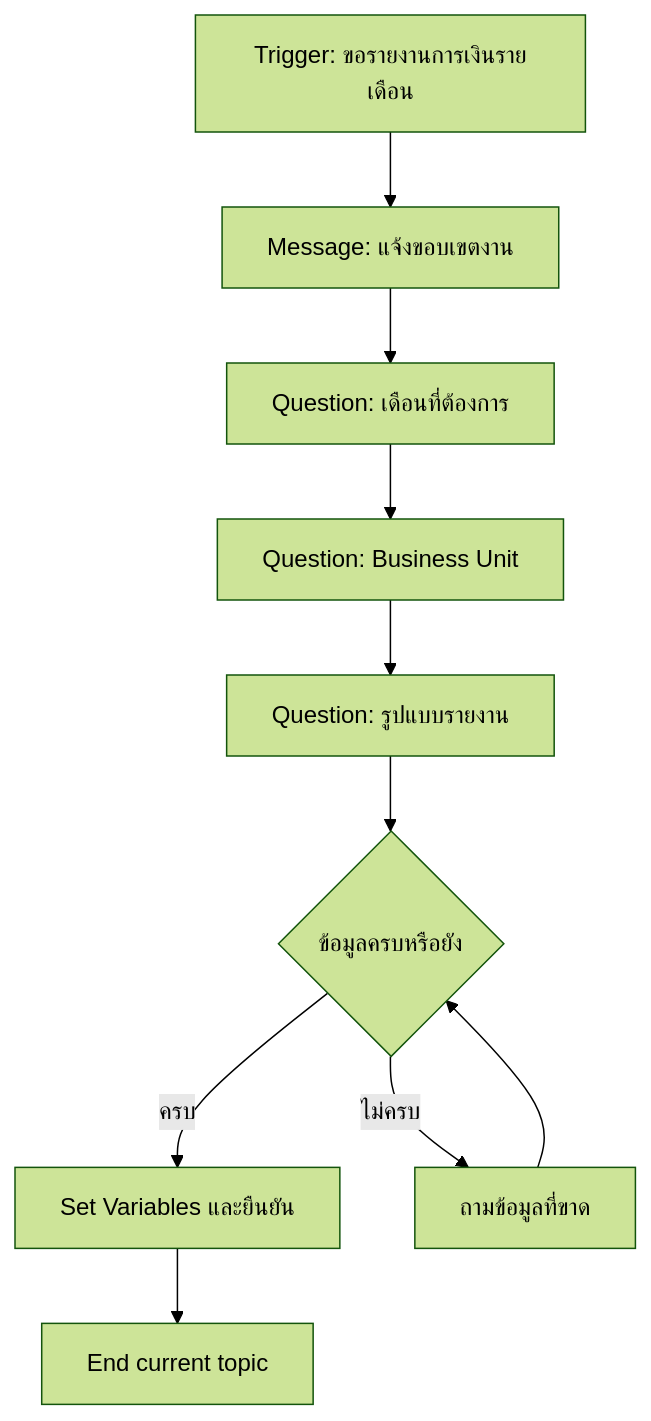
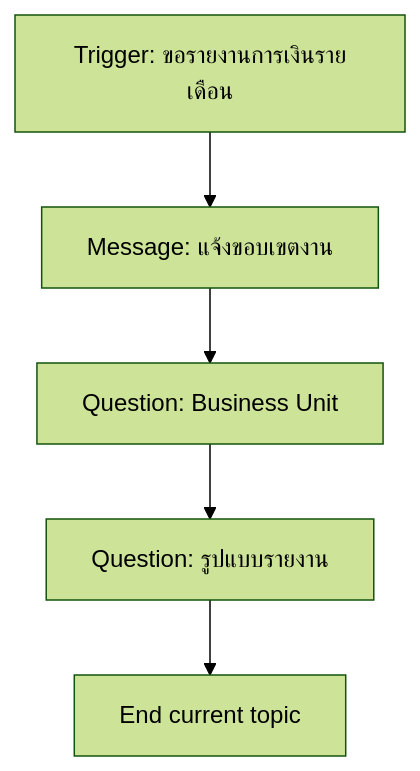
The diagram in exercises/module-3/exercise-2-topic-intake-flow/README.md (teerasej/SET-ai-creation-public), drawn with Mermaid (forest theme) before and after one commit. The commit also changed other lines of this file and 13 other files, not shown here.

````diff
--- a/exercises/module-3/exercise-2-topic-intake-flow/README.md
+++ b/exercises/module-3/exercise-2-topic-intake-flow/README.md
@@ -7,12 +7,7 @@
 ```mermaid
 flowchart TD
     A[Trigger: ขอรายงานการเงินรายเดือน] --> B[Message: แจ้งขอบเขตงาน]
-    B --> C[Question: เดือนที่ต้องการ]
-    C --> D[Question: Business Unit]
-    D --> E[Question: รูปแบบรายงาน]
-    E --> F{ข้อมูลครบหรือยัง}
-    F -->|ครบ| G[Set Variables และยืนยัน]
-    F -->|ไม่ครบ| H[ถามข้อมูลที่ขาด]
-    H --> F
-    G --> I[End current topic]
+    B --> C[Question: Business Unit]
+    C --> D[Question: รูปแบบรายงาน]
+   D --> E[End current topic]
 ```
````
